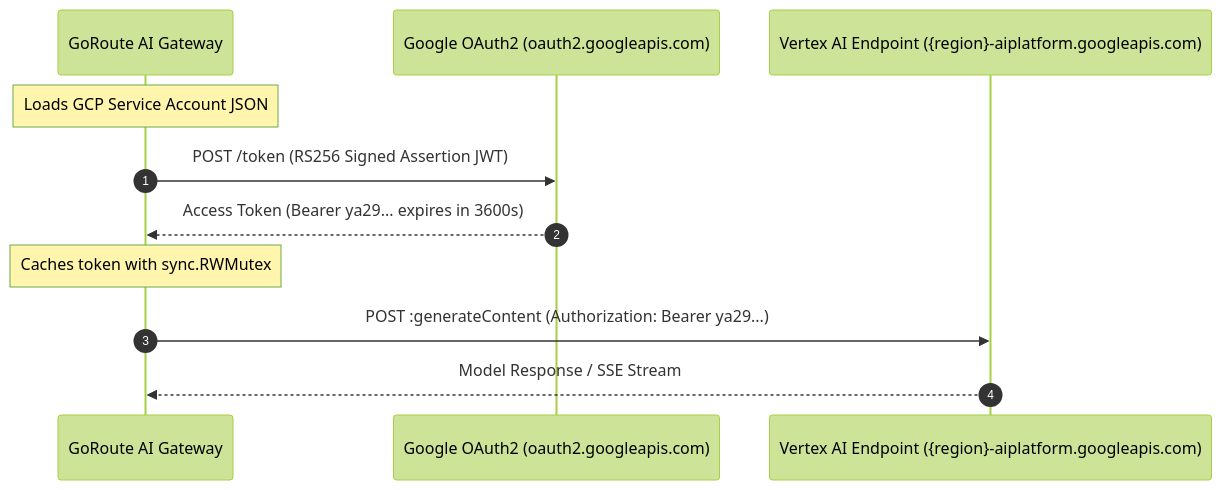
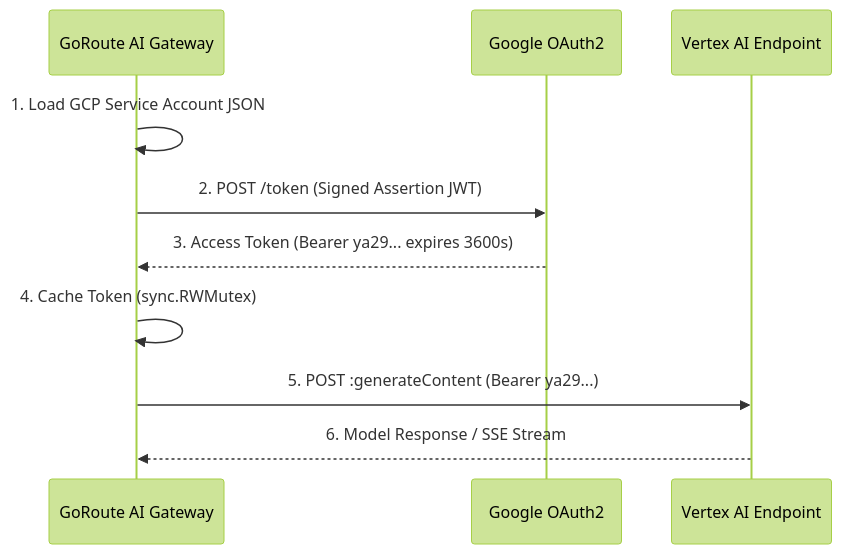
The diagram in docs/providers/google-vertex.md (goroute-ai/goroute-ai.github.io), drawn with Mermaid (forest theme) before and after one commit. The commit also changed 12 other files, not shown here.

Commit message:
fix(mermaid): overhaul sequence diagrams, eliminate parser drops, and polish styling

````diff
--- a/docs/providers/google-vertex.md
+++ b/docs/providers/google-vertex.md
@@ -22,14 +22,13 @@
 ```mermaid
 sequenceDiagram
-    autonumber
     participant GW as GoRoute AI Gateway
-    participant OAuth as Google OAuth2 (oauth2.googleapis.com)
-    participant Vertex as Vertex AI Endpoint ({region}-aiplatform.googleapis.com)
+    participant OAuth as Google OAuth2
+    participant Vertex as Vertex AI Endpoint
 
-    Note over GW: Loads GCP Service Account JSON
-    GW->>OAuth: POST /token (RS256 Signed Assertion JWT)
-    OAuth-->>GW: Access Token (Bearer ya29... expires in 3600s)
-    Note over GW: Caches token with sync.RWMutex
-    GW->>Vertex: POST :generateContent (Authorization: Bearer ya29...)
-    Vertex-->>GW: Model Response / SSE Stream
+    GW->>GW: 1. Load GCP Service Account JSON
+    GW->>OAuth: 2. POST /token (Signed Assertion JWT)
+    OAuth-->>GW: 3. Access Token (Bearer ya29... expires 3600s)
+    GW->>GW: 4. Cache Token (sync.RWMutex)
+    GW->>Vertex: 5. POST :generateContent (Bearer ya29...)
+    Vertex-->>GW: 6. Model Response / SSE Stream
 ```
````
